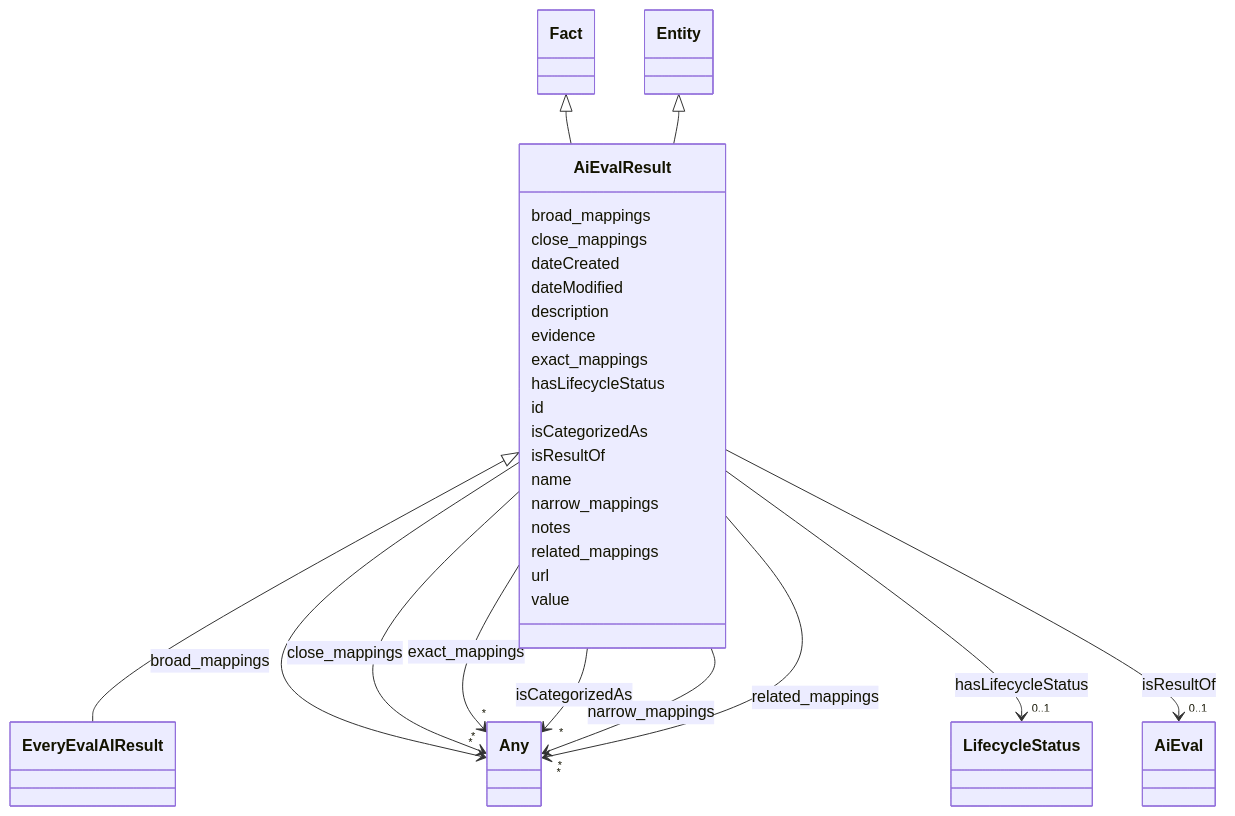
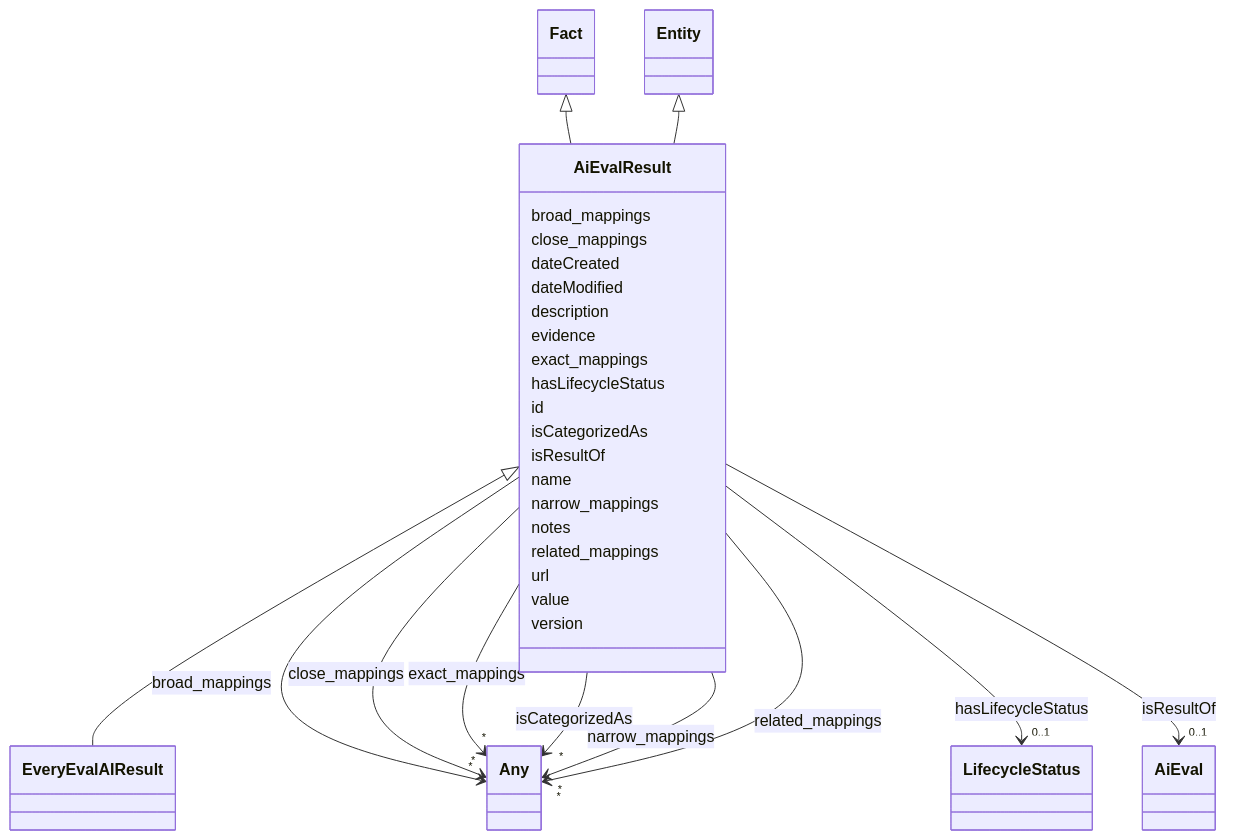
One commit to IBM/ai-atlas-nexus changed the diagram in docs/ontology/AiEvalResult.md. Above: the diagram before and after it, drawn with Mermaid. The commit also changed other lines of this file and 101 other files, not shown here.

````diff
--- a/docs/ontology/AiEvalResult.md
+++ b/docs/ontology/AiEvalResult.md
@@ -131,5 +131,7 @@
 
       AiEvalResult : value
 
+      AiEvalResult : version
+
 
 ```
````
